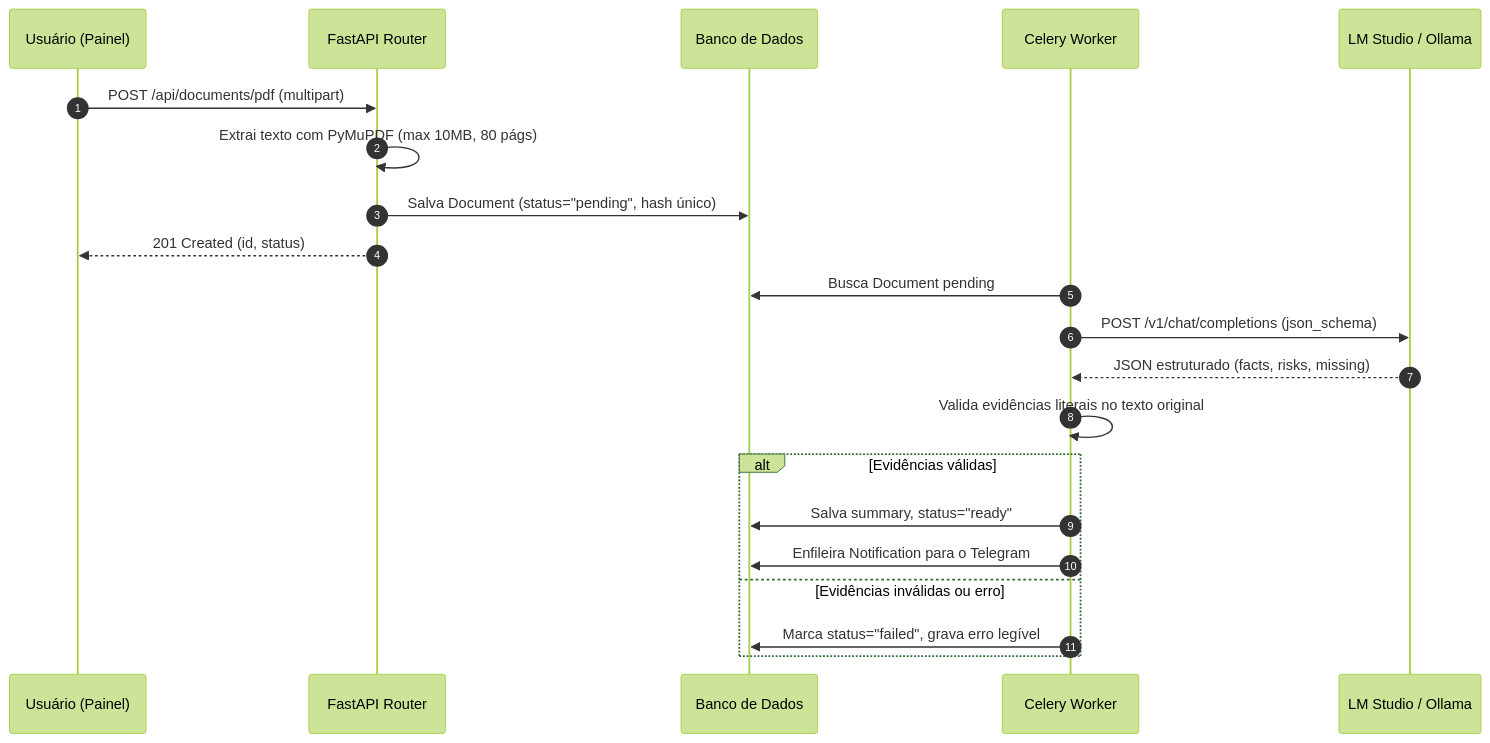
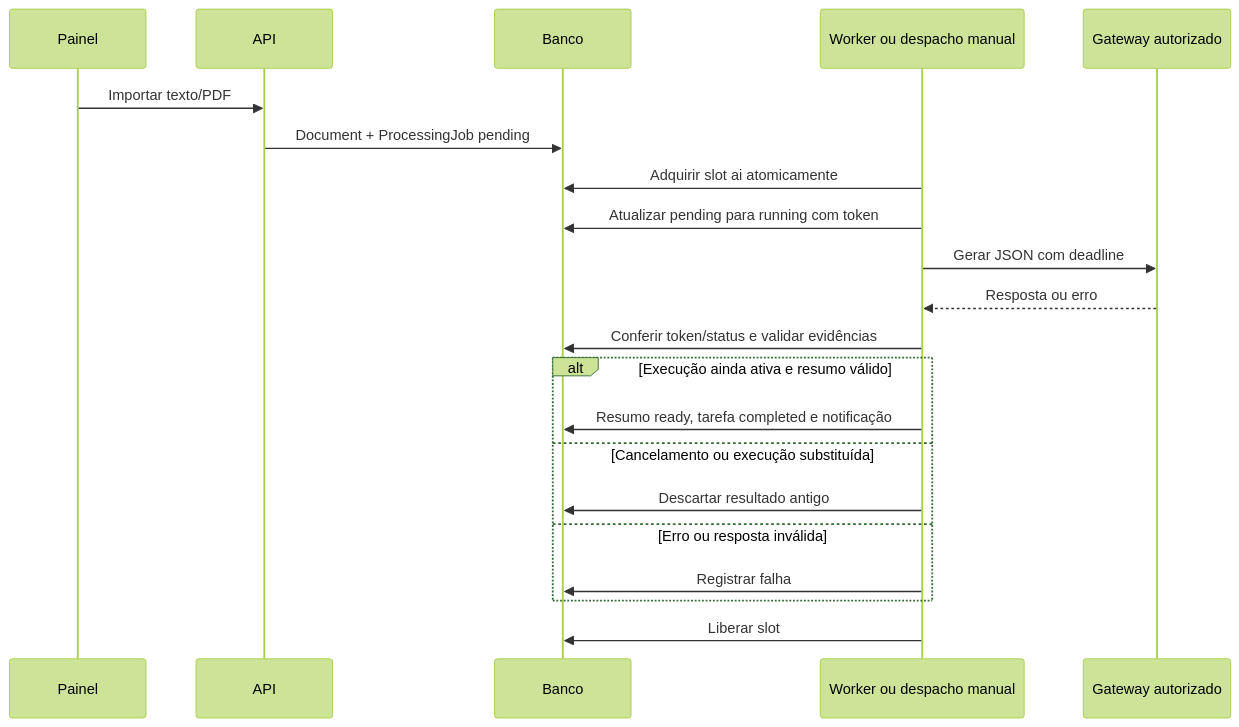
One commit to brunoqualhato/telegram-money changed the second of 2 diagrams in docs/arquitetura.md. Above: the diagram before and after it, drawn with Mermaid (forest theme). The commit also changed other lines of this file and 101 other files, not shown here.

````diff
--- a/docs/arquitetura.md
+++ b/docs/arquitetura.md
@@ -168,24 +110,23 @@
 ```mermaid
 sequenceDiagram
-    autonumber
-    participant User as Usuário (Painel)
-    participant API as FastAPI Router
-    participant DB as Banco de Dados
-    participant Worker as Celery Worker
-    participant LM as LM Studio / Ollama
-
-    User->>API: POST /api/documents/pdf (multipart)
-    API->>API: Extrai texto com PyMuPDF (max 10MB, 80 págs)
-    API->>DB: Salva Document (status="pending", hash único)
-    API-->>User: 201 Created (id, status)
-    Worker->>DB: Busca Document pending
-    Worker->>LM: POST /v1/chat/completions (json_schema)
-    LM-->>Worker: JSON estruturado (facts, risks, missing)
-    Worker->>Worker: Valida evidências literais no texto original
-    alt Evidências válidas
-        Worker->>DB: Salva summary, status="ready"
-        Worker->>DB: Enfileira Notification para o Telegram
-    else Evidências inválidas ou erro
-        Worker->>DB: Marca status="failed", grava erro legível
+    participant Painel
+    participant API
+    participant DB as Banco
+    participant Executor as Worker ou despacho manual
+    participant Gateway as Gateway autorizado
+    Painel->>API: Importar texto/PDF
+    API->>DB: Document + ProcessingJob pending
+    Executor->>DB: Adquirir slot ai atomicamente
+    Executor->>DB: Atualizar pending para running com token
+    Executor->>Gateway: Gerar JSON com deadline
+    Gateway-->>Executor: Resposta ou erro
+    Executor->>DB: Conferir token/status e validar evidências
+    alt Execução ainda ativa e resumo válido
+        Executor->>DB: Resumo ready, tarefa completed e notificação
+    else Cancelamento ou execução substituída
+        Executor->>DB: Descartar resultado antigo
+    else Erro ou resposta inválida
+        Executor->>DB: Registrar falha
     end
+    Executor->>DB: Liberar slot
 ```
````
